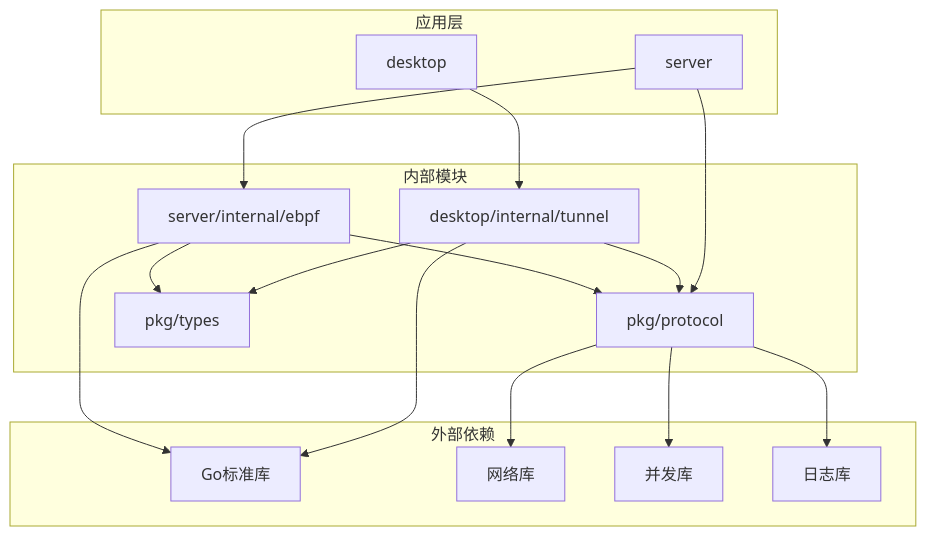
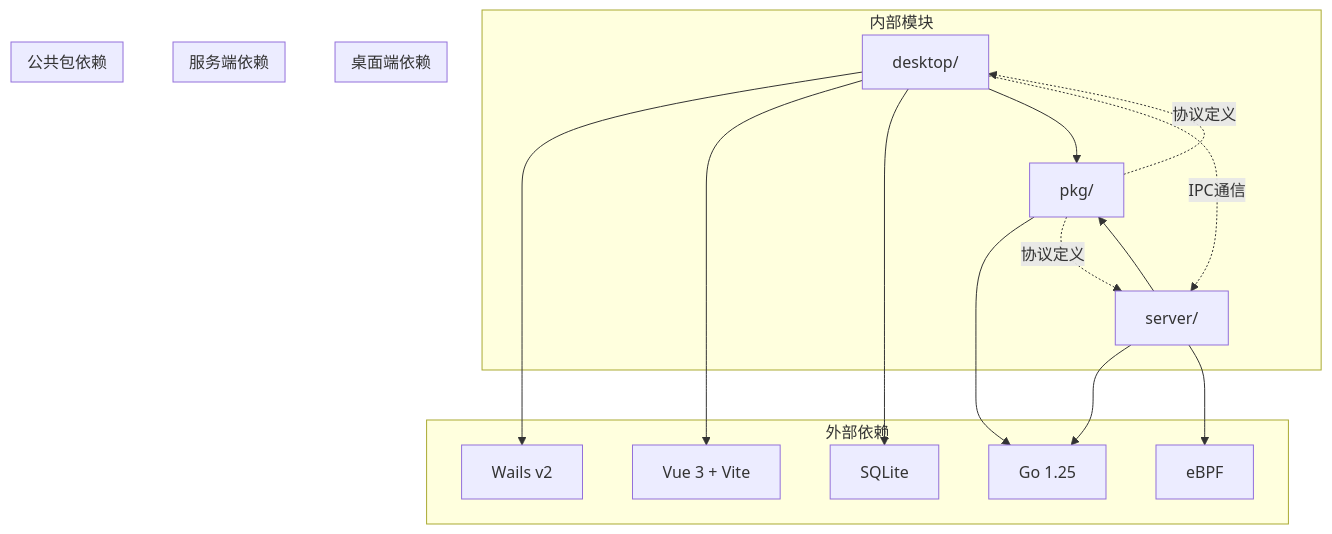
The seventh of 8 diagrams in .qoder/repowiki/zh/content/服务端架构/eBPF包转发系统.md (itsharex/NexTunnel), drawn with Mermaid before and after one commit. The commit also changed other lines of this file and 48 other files, not shown here.

````diff
--- a/.qoder/repowiki/zh/content/服务端架构/eBPF包转发系统.md
+++ b/.qoder/repowiki/zh/content/服务端架构/eBPF包转发系统.md
@@ -348,31 +336,32 @@
 ```mermaid
 graph TB
 subgraph "外部依赖"
-GO1[Go标准库]
-NET[网络库]
-SYNC[并发库]
-LOG[日志库]
+Go[Go 1.25]
+Wails[Wails v2]
+Vue[Vue 3 + Vite]
+SQLite[SQLite]
+BPF[eBPF]
 end
 subgraph "内部模块"
-EBPF[server/internal/ebpf]
-TUNNEL[desktop/internal/tunnel]
-PROTOCOL[pkg/protocol]
-TYPES[pkg/types]
+Desktop[desktop/]
+Server[server/]
+Pkg[pkg/]
 end
-subgraph "应用层"
-DESKTOP[desktop]
-SERVER[server]
+subgraph "桌面端依赖"
+Desktop --> Wails
+Desktop --> Vue
+Desktop --> SQLite
+Desktop --> Pkg
 end
-EBPF --> PROTOCOL
-EBPF --> TYPES
-TUNNEL --> PROTOCOL
-TUNNEL --> TYPES
-DESKTOP --> TUNNEL
-SERVER --> EBPF
-SERVER --> PROTOCOL
-PROTOCOL --> NET
-PROTOCOL --> SYNC
-PROTOCOL --> LOG
-EBPF --> GO1
-TUNNEL --> GO1
+subgraph "服务端依赖"
+Server --> Go
+Server --> BPF
+Server --> Pkg
+end
+subgraph "公共包依赖"
+Pkg --> Go
+end
+Desktop -.->|IPC通信| Server
+Pkg -.->|协议定义| Desktop
+Pkg -.->|协议定义| Server
 ```
````
